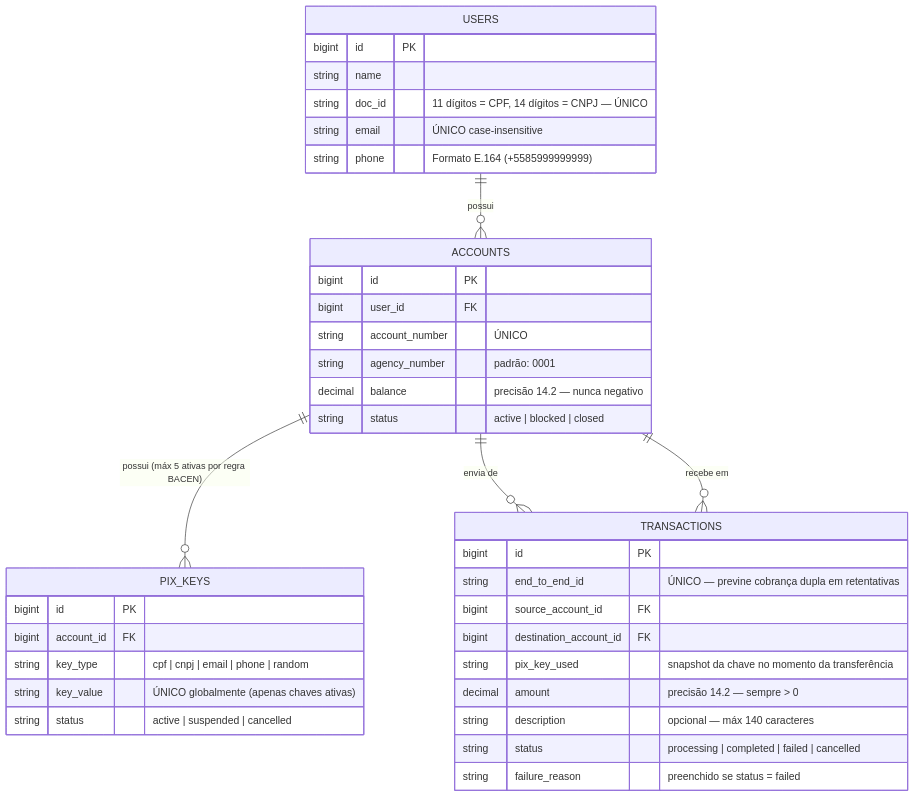
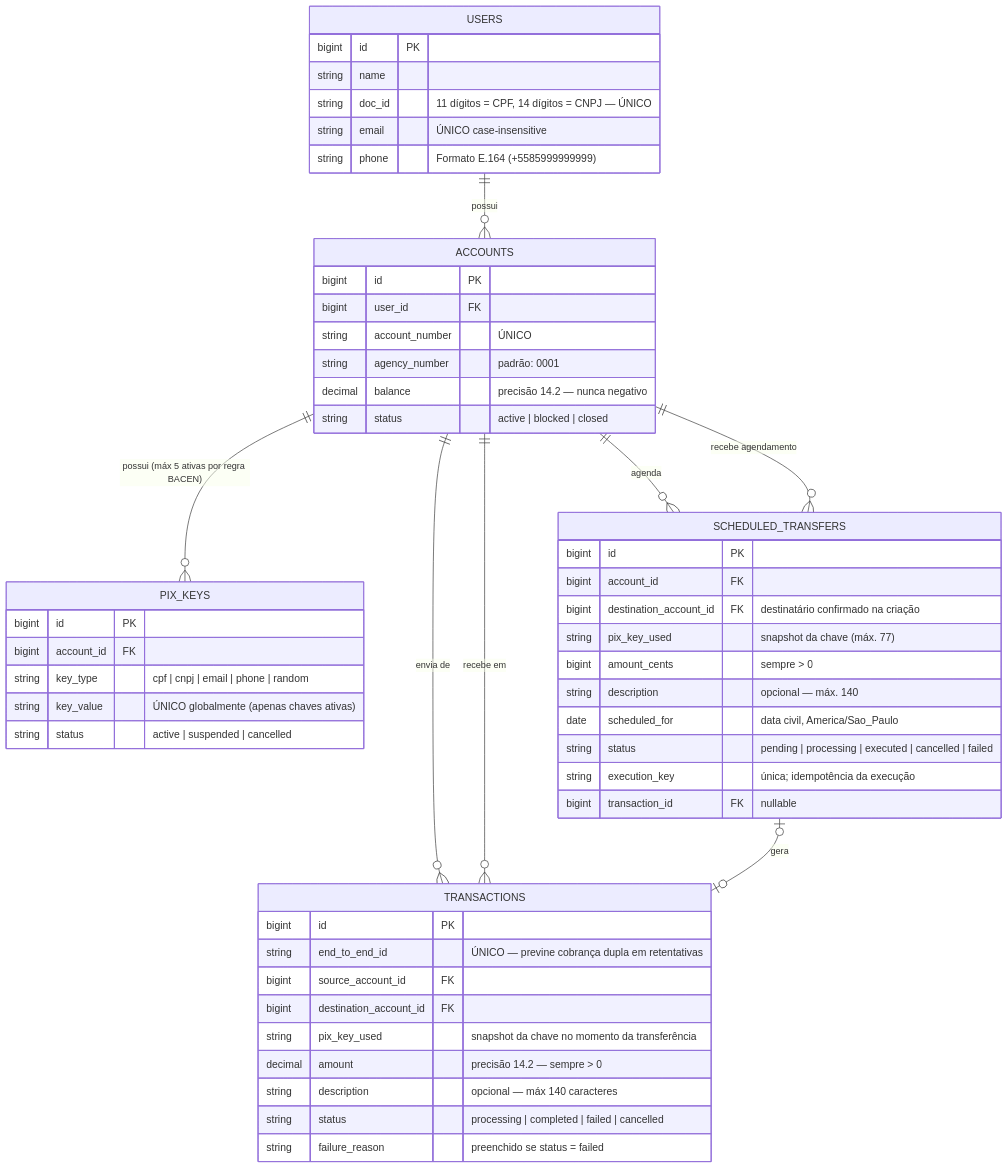
One commit to warrley/pix changed the diagram in docs/DATABASE.pt-BR.md. Above: the diagram before and after it, drawn with Mermaid. The commit also changed 15 other files, not shown here.

Commit message:
feat(pix): implement safe scheduled transfers

````diff
--- a/docs/DATABASE.pt-BR.md
+++ b/docs/DATABASE.pt-BR.md
@@ -8,44 +8,60 @@
 ```mermaid
 erDiagram
     USERS {
         bigint id PK
         string name
         string doc_id "11 dígitos = CPF, 14 dígitos = CNPJ — ÚNICO"
         string email "ÚNICO case-insensitive"
         string phone "Formato E.164 (+5585999999999)"
     }
 
     ACCOUNTS {
         bigint id PK
         bigint user_id FK
         string account_number "ÚNICO"
         string agency_number "padrão: 0001"
         decimal balance "precisão 14.2 — nunca negativo"
         string status "active | blocked | closed"
     }
 
     PIX_KEYS {
         bigint id PK
         bigint account_id FK
         string key_type "cpf | cnpj | email | phone | random"
         string key_value "ÚNICO globalmente (apenas chaves ativas)"
         string status "active | suspended | cancelled"
     }
 
     TRANSACTIONS {
         bigint id PK
         string end_to_end_id "ÚNICO — previne cobrança dupla em retentativas"
         bigint source_account_id FK
         bigint destination_account_id FK
         string pix_key_used "snapshot da chave no momento da transferência"
         decimal amount "precisão 14.2 — sempre > 0"
         string description "opcional — máx 140 caracteres"
         string status "processing | completed | failed | cancelled"
         string failure_reason "preenchido se status = failed"
     }
 
+    SCHEDULED_TRANSFERS {
+        bigint id PK
+        bigint account_id FK
+        bigint destination_account_id FK "destinatário confirmado na criação"
+        string pix_key_used "snapshot da chave (máx. 77)"
+        bigint amount_cents "sempre > 0"
+        string description "opcional — máx. 140"
+        date scheduled_for "data civil, America/Sao_Paulo"
+        string status "pending | processing | executed | cancelled | failed"
+        string execution_key "única; idempotência da execução"
+        bigint transaction_id FK "nullable"
+    }
+
     USERS ||--o{ ACCOUNTS : "possui"
     ACCOUNTS ||--o{ PIX_KEYS : "possui (máx 5 ativas por regra BACEN)"
     ACCOUNTS ||--o{ TRANSACTIONS : "envia de"
     ACCOUNTS ||--o{ TRANSACTIONS : "recebe em"
+    ACCOUNTS ||--o{ SCHEDULED_TRANSFERS : "agenda"
+    ACCOUNTS ||--o{ SCHEDULED_TRANSFERS : "recebe agendamento"
+    SCHEDULED_TRANSFERS o|--o| TRANSACTIONS : "gera"
 ```
````
